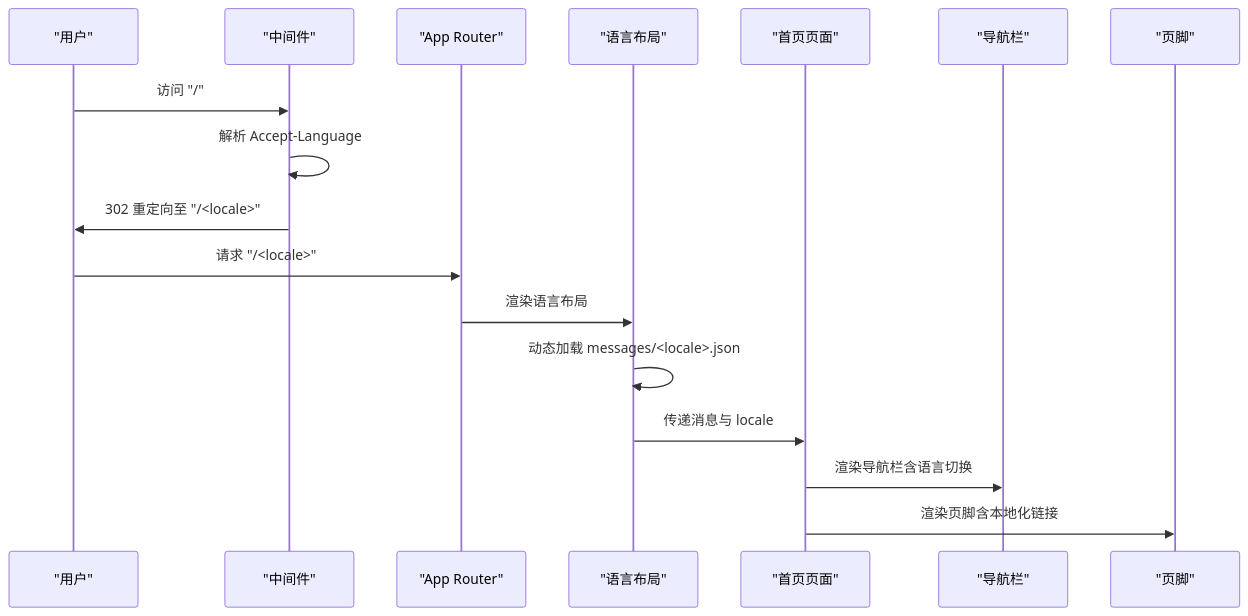
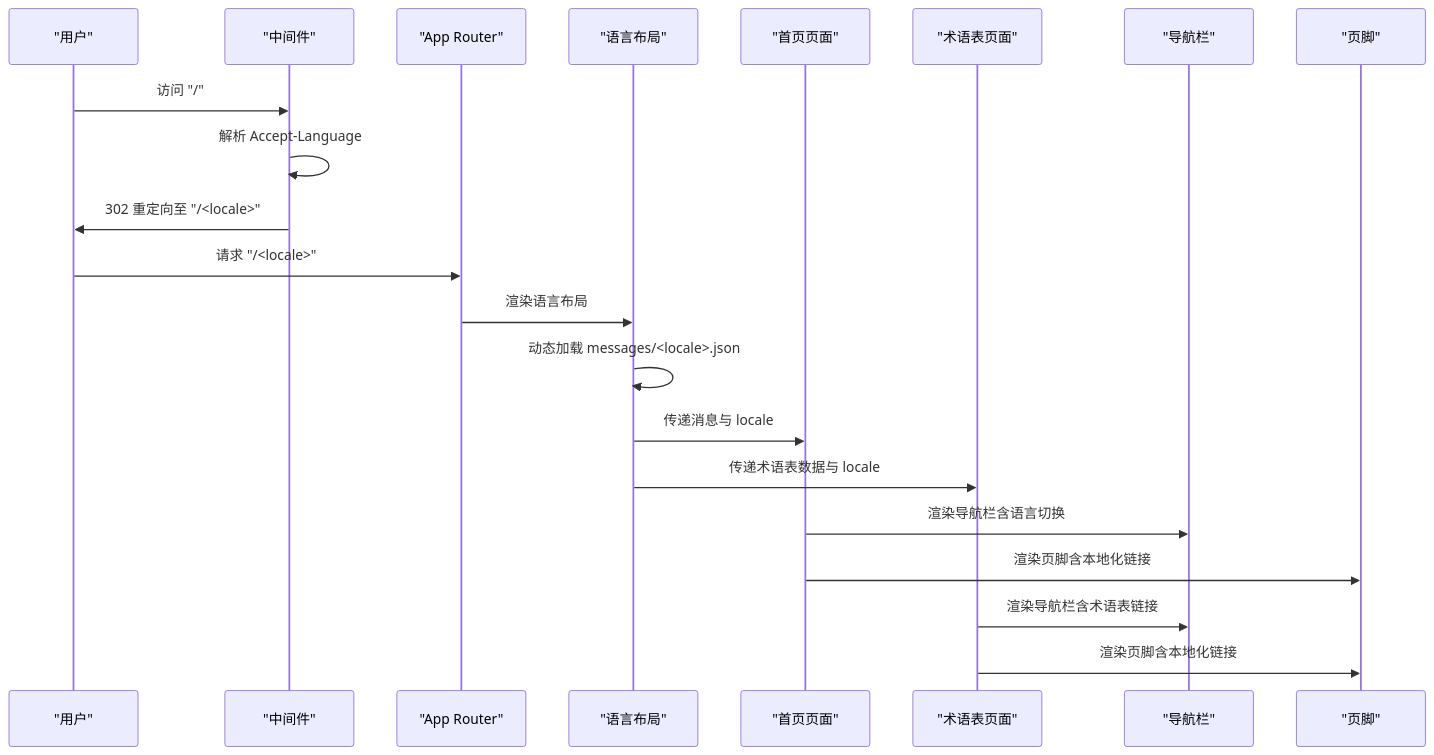
The second of 8 diagrams in .qoder/repowiki/zh/content/国际化系统/国际化系统.md (waltzhan/LEDTrade), drawn with Mermaid before and after one commit. The commit also changed other lines of this file and 20 other files, not shown here.

````diff
--- a/.qoder/repowiki/zh/content/国际化系统/国际化系统.md
+++ b/.qoder/repowiki/zh/content/国际化系统/国际化系统.md
@@ -97,19 +130,23 @@
 ```mermaid
 sequenceDiagram
 participant U as "用户"
 participant MW as "中间件"
 participant RT as "App Router"
 participant LO as "语言布局"
-participant PG as "首页页面"
+participant GP as "首页页面"
+participant GL as "术语表页面"
 participant NB as "导航栏"
 participant FT as "页脚"
 U->>MW : 访问 "/"
 MW->>MW : 解析 Accept-Language
 MW->>U : 302 重定向至 "/<locale>"
 U->>RT : 请求 "/<locale>"
 RT->>LO : 渲染语言布局
 LO->>LO : 动态加载 messages/<locale>.json
-LO->>PG : 传递消息与 locale
-PG->>NB : 渲染导航栏含语言切换
-PG->>FT : 渲染页脚含本地化链接
+LO->>GP : 传递消息与 locale
+LO->>GL : 传递术语表数据与 locale
+GP->>NB : 渲染导航栏含语言切换
+GP->>FT : 渲染页脚含本地化链接
+GL->>NB : 渲染导航栏含术语表链接
+GL->>FT : 渲染页脚含本地化链接
 ```
````
